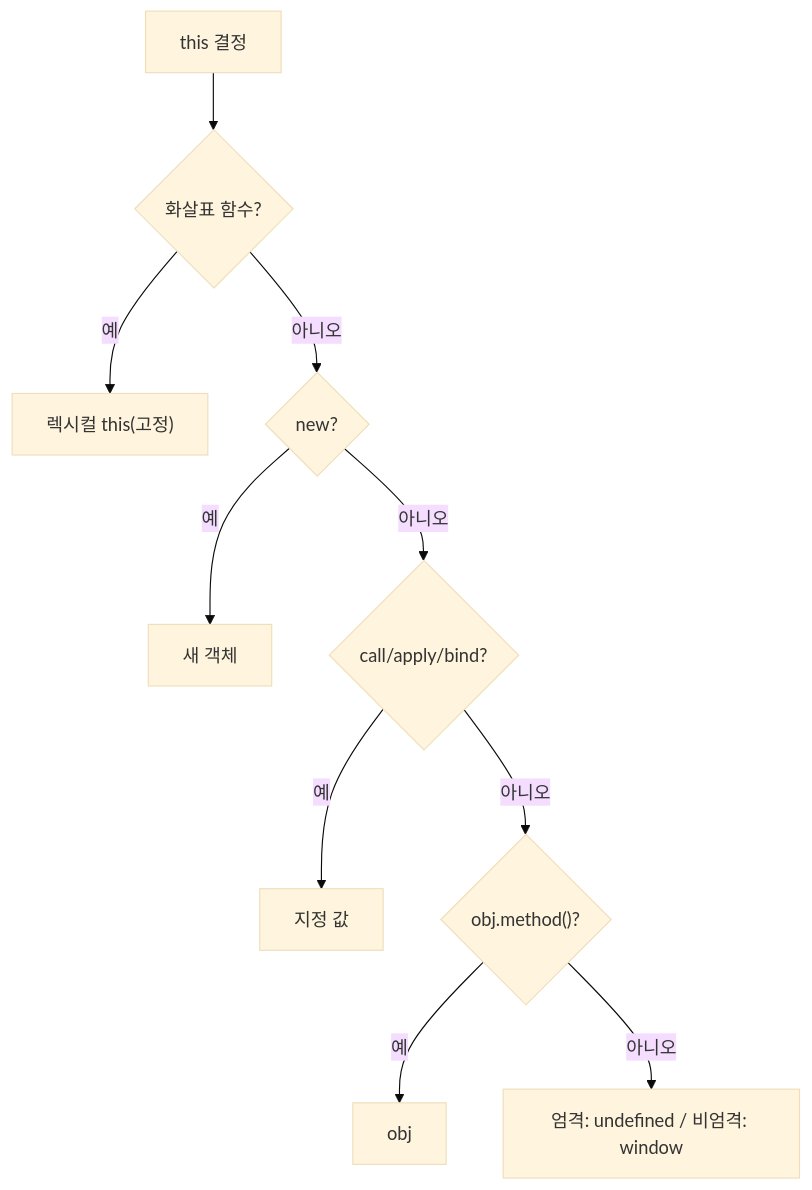
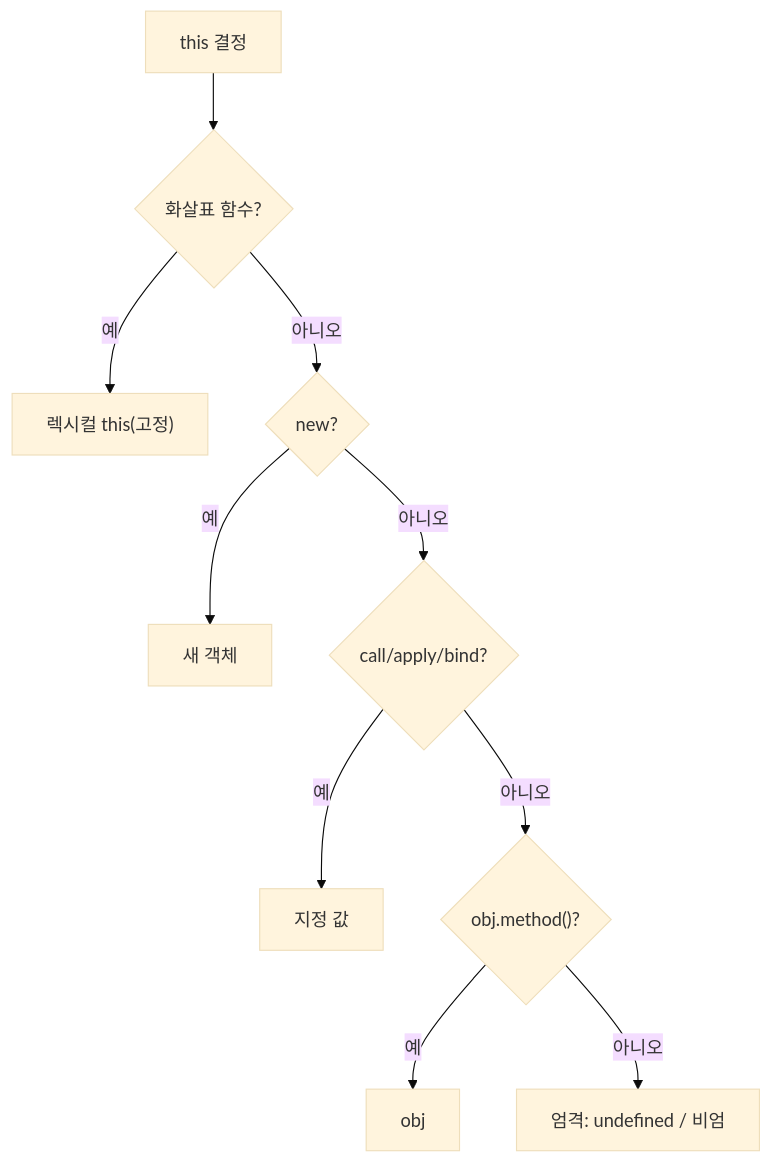
The seventh of 7 diagrams in _posts/frontend/2026-05-02-js-this-binding.md (yjkim2015/yjkim2015.github.io), drawn with Mermaid (base theme) before and after one commit. The commit also changed other lines of this file and 271 other files, not shown here.

First line of the commit message:
Mermaid 라벨 축소: 긴 노드 텍스트 18자 이하로 트림 + \n 제거

````diff
--- a/_posts/frontend/2026-05-02-js-this-binding.md
+++ b/_posts/frontend/2026-05-02-js-this-binding.md
@@ -583,12 +583,12 @@
 ```mermaid
 flowchart TD
     A["this 결정"] --> B{"화살표 함수?"}
     B -->|예| B1["렉시컬 this(고정)"]
     B -->|아니오| C{"new?"}
     C -->|예| C1["새 객체"]
     C -->|아니오| D{"call/apply/bind?"}
     D -->|예| D1["지정 값"]
     D -->|아니오| E{"obj.method()?"}
     E -->|예| E1["obj"]
-    E -->|아니오| F1["엄격: undefined / 비엄격: window"]
+    E -->|아니오| F1["엄격: undefined / 비엄"]
 ```
````
